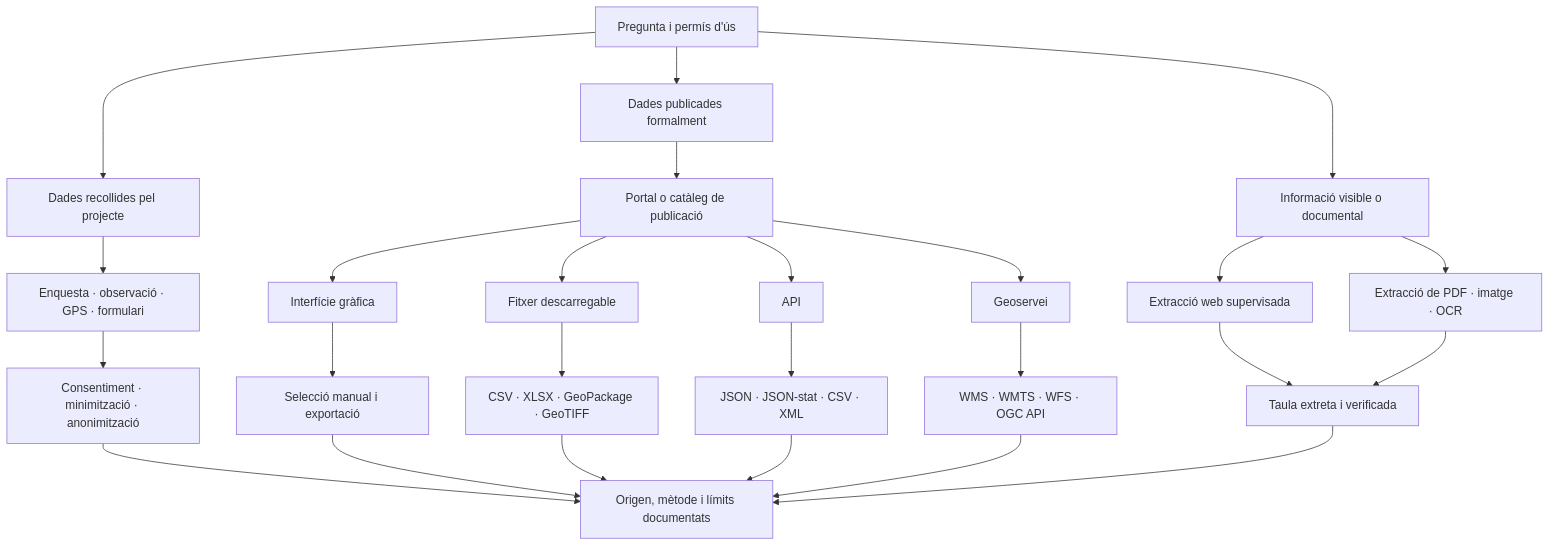
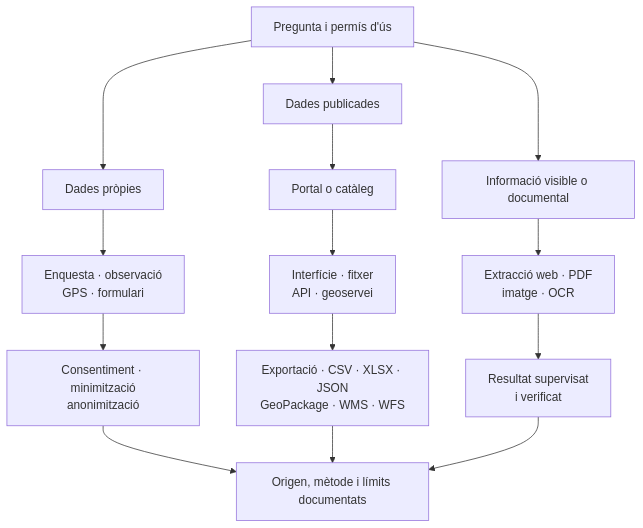
Before and after one commit to geourv/tigit: the diagram in assets/diagrams/data-access-modes.mmd, drawn with Mermaid. The commit also changed 53 other files, not shown here.

Commit message:
Consolida les figures i la publicació del manual

```diff
--- a/assets/diagrams/data-access-modes.mmd
+++ b/assets/diagrams/data-access-modes.mmd
@@ -1,25 +1,19 @@
 flowchart TB
-  question[Pregunta i permís d'ús] --> own[Dades recollides pel projecte]
-  question --> published[Dades publicades formalment]
+  question[Pregunta i permís d'ús]
+  question --> own[Dades pròpies]
+  question --> published[Dades publicades]
   question --> document[Informació visible o documental]
-  own --> collection[Enquesta · observació · GPS · formulari]
-  collection --> ethics[Consentiment · minimització · anonimització]
-  published --> portal[Portal o catàleg de publicació]
-  portal --> gui[Interfície gràfica]
-  portal --> download[Fitxer descarregable]
-  portal --> api[API]
-  portal --> geoservice[Geoservei]
-  document --> scraping[Extracció web supervisada]
-  document --> extraction[Extracció de PDF · imatge · OCR]
-  scraping --> extracted[Taula extreta i verificada]
-  extraction --> extracted
-  gui --> selection[Selecció manual i exportació]
-  download --> files[CSV · XLSX · GeoPackage · GeoTIFF]
-  api --> response[JSON · JSON-stat · CSV · XML]
-  geoservice --> ogc[WMS · WMTS · WFS · OGC API]
+
+  own --> collection[Enquesta · observació<br/>GPS · formulari]
+  collection --> ethics[Consentiment · minimització<br/>anonimització]
+
+  published --> portal[Portal o catàleg]
+  portal --> access[Interfície · fitxer<br/>API · geoservei]
+  access --> formats[Exportació · CSV · XLSX · JSON<br/>GeoPackage · WMS · WFS]
+
+  document --> extraction[Extracció web · PDF<br/>imatge · OCR]
+  extraction --> verified[Resultat supervisat<br/>i verificat]
+
   ethics --> documented[Origen, mètode i límits documentats]
-  selection --> documented
-  files --> documented
-  response --> documented
-  ogc --> documented
-  extracted --> documented
+  formats --> documented
+  verified --> documented
```
